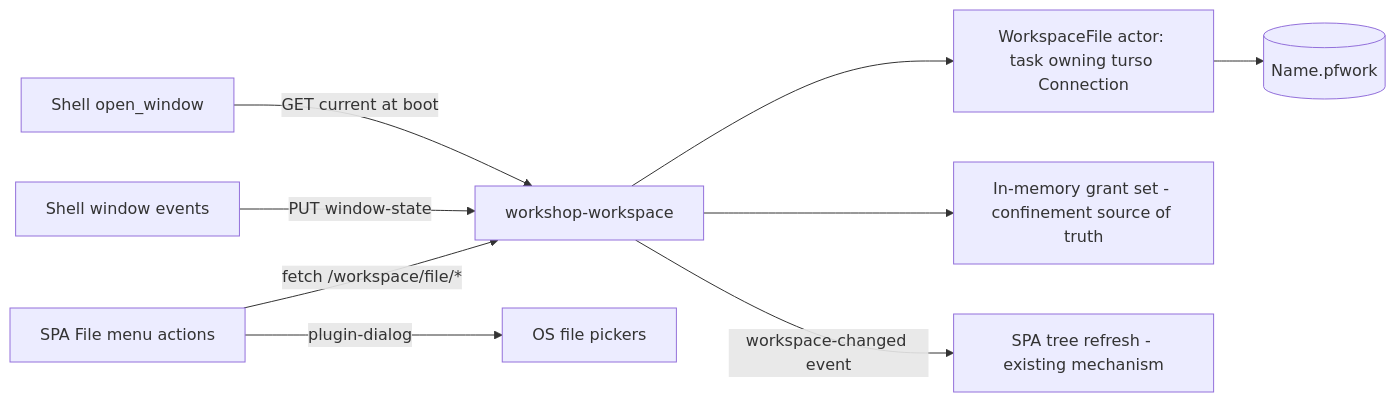
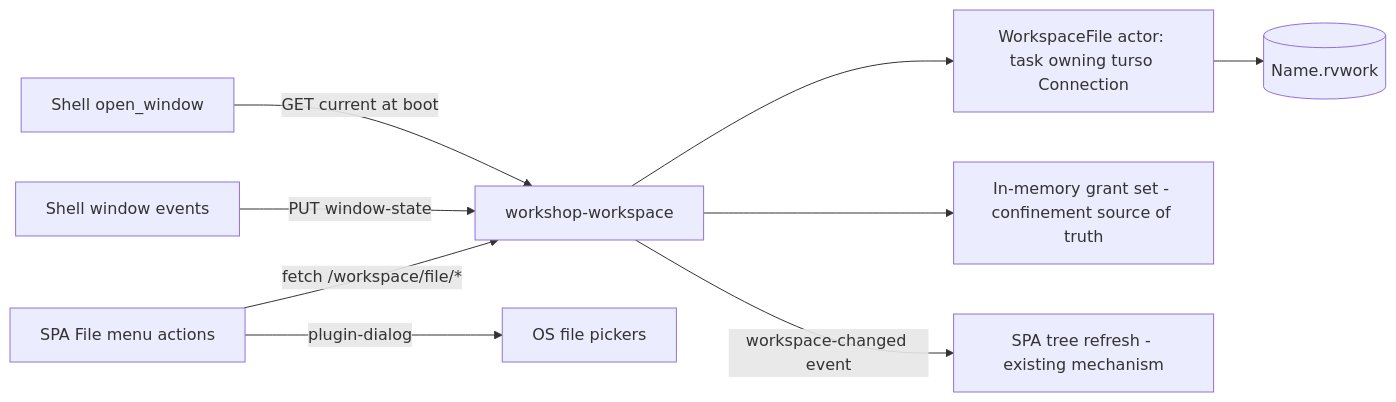
The diagram in vibe/2026-09/2026-09-16-1-turso-workspace-files.md (cppalliance/promptforge), drawn with Mermaid before and after one commit. The commit also changed other lines of this file and 1573 other files, not shown here.

````diff
--- a/vibe/2026-09/2026-09-16-1-turso-workspace-files.md
+++ b/vibe/2026-09/2026-09-16-1-turso-workspace-files.md
@@ -148,11 +148,11 @@
 ```mermaid
 flowchart LR
   Menu[SPA File menu actions] -->|fetch /workspace/file/*| WW[workshop-workspace]
   Menu -->|plugin-dialog| Picker[OS file pickers]
   WW --> Store[WorkspaceFile actor: task owning turso Connection]
-  Store --> DB[(Name.pfwork)]
+  Store --> DB[(Name.rvwork)]
   WW --> Grants[In-memory grant set - confinement source of truth]
   WW -->|workspace-changed event| Tree[SPA tree refresh - existing mechanism]
   Shell[Shell window events] -->|PUT window-state| WW
   Shell2[Shell open_window] -->|GET current at boot| WW
 ```
````
